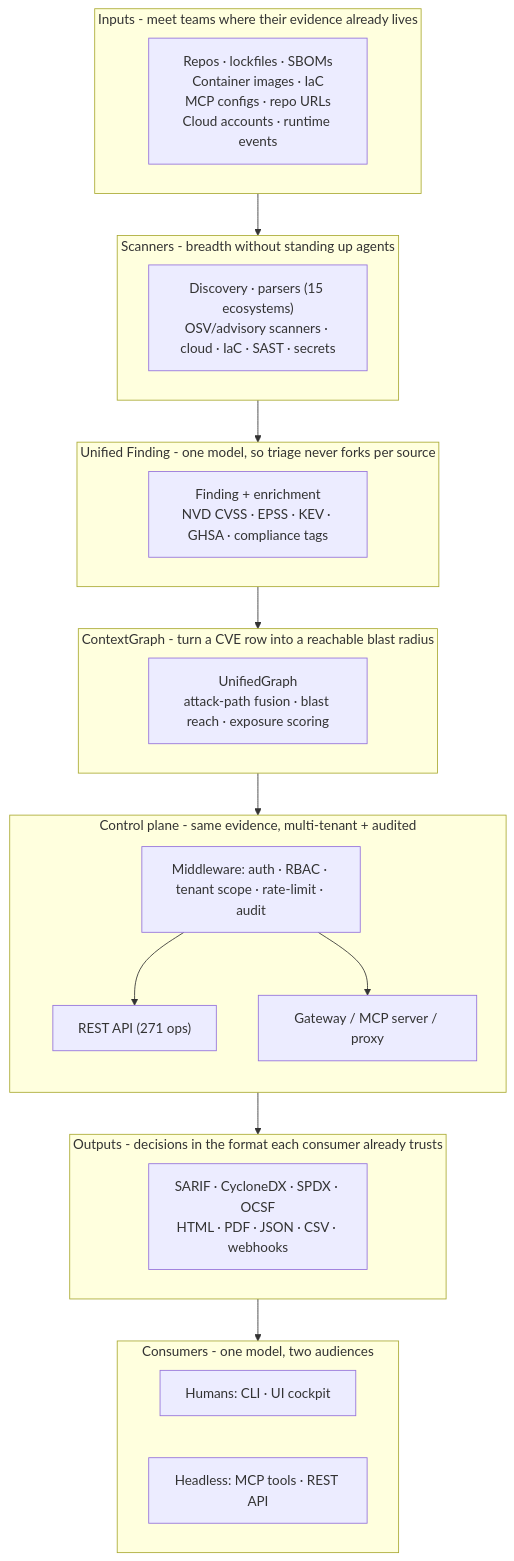
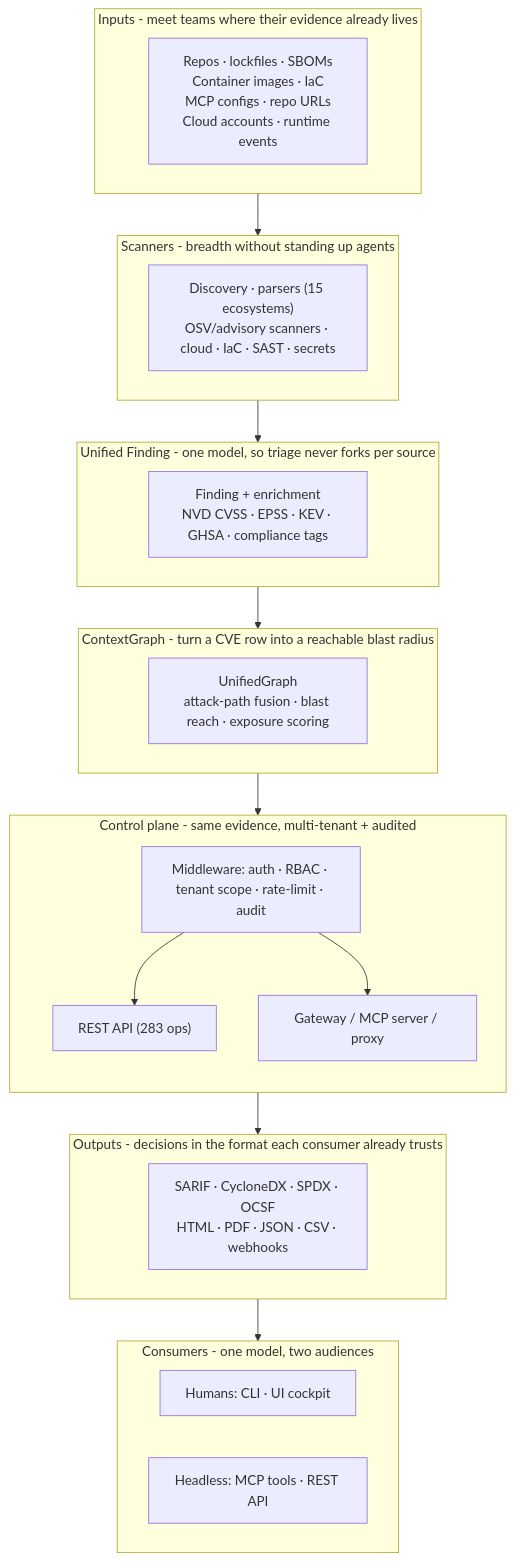
Before and after one commit to msaad00/agent-bom: the second of 9 diagrams in docs/ARCHITECTURE.md, drawn with Mermaid. The commit also changed other lines of this file and 30 other files, not shown here.

````diff
--- a/docs/ARCHITECTURE.md
+++ b/docs/ARCHITECTURE.md
@@ -67,32 +67,32 @@
 ```mermaid
 flowchart TB
     subgraph L1["Inputs - meet teams where their evidence already lives"]
         IN["Repos · lockfiles · SBOMs\nContainer images · IaC\nMCP configs · repo URLs\nCloud accounts · runtime events"]
     end
     subgraph L2["Scanners - breadth without standing up agents"]
         SC["Discovery · parsers (15 ecosystems)\nOSV/advisory scanners · cloud · IaC · SAST · secrets"]
     end
     subgraph L3["Unified Finding - one model, so triage never forks per source"]
         FD["Finding + enrichment\nNVD CVSS · EPSS · KEV · GHSA · compliance tags"]
     end
     subgraph L4["ContextGraph - turn a CVE row into a reachable blast radius"]
         GR["UnifiedGraph\nattack-path fusion · blast reach · exposure scoring"]
     end
     subgraph L5["Control plane - same evidence, multi-tenant + audited"]
         direction TB
         MW["Middleware: auth · RBAC · tenant scope · rate-limit · audit"]
-        API["REST API (271 ops)"]
+        API["REST API (283 ops)"]
         GW["Gateway / MCP server / proxy"]
         MW --> API
         MW --> GW
     end
     subgraph L6["Outputs - decisions in the format each consumer already trusts"]
         OUT["SARIF · CycloneDX · SPDX · OCSF\nHTML · PDF · JSON · CSV · webhooks"]
     end
     subgraph L7["Consumers - one model, two audiences"]
         HUM["Humans: CLI · UI cockpit"]
         AG["Headless: MCP tools · REST API"]
     end
 
     L1 --> L2 --> L3 --> L4 --> L5 --> L6 --> L7
 ```
````
